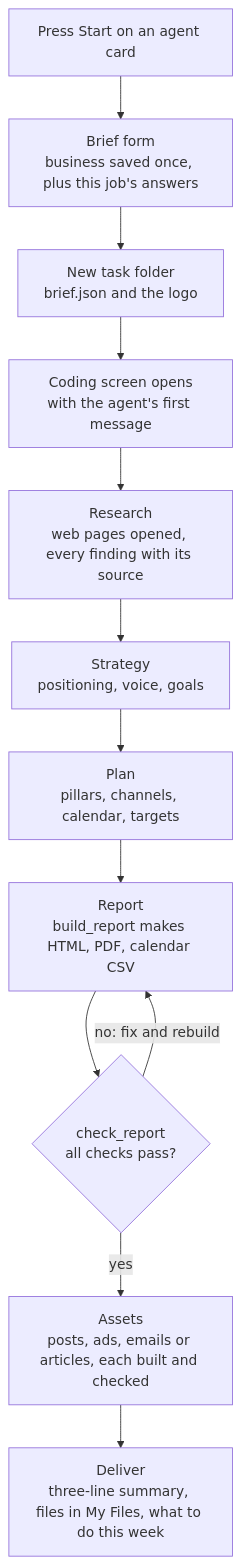
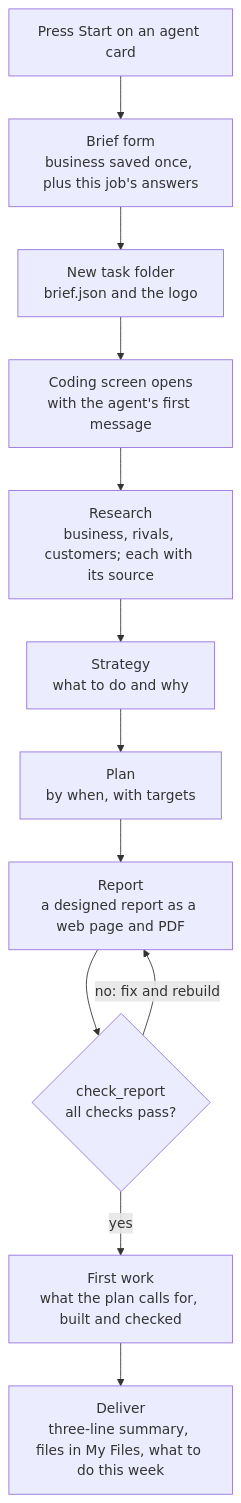
One commit to pusyc74-prog/MangoMan changed the second of 4 diagrams in docs/PRD.md. Above: the diagram before and after it, drawn with Mermaid. The commit also changed other lines of this file, not shown here.

First line of the commit message:
PRD: the Super Agent flow is shared by all three agents; a table of each agent's stages

````diff
--- a/docs/PRD.md
+++ b/docs/PRD.md
@@ -128,14 +128,14 @@
 ```mermaid
 flowchart TD
   start["Press Start on an agent card"] --> form["Brief form<br/>business saved once, plus this job's answers"]
   form --> folder["New task folder<br/>brief.json and the logo"]
   folder --> screen["Coding screen opens<br/>with the agent's first message"]
-  screen --> research["Research<br/>web pages opened, every finding with its source"]
-  research --> strategy["Strategy<br/>positioning, voice, goals"]
-  strategy --> plan["Plan<br/>pillars, channels, calendar, targets"]
-  plan --> report["Report<br/>build_report makes HTML, PDF, calendar CSV"]
+  screen --> research["Research<br/>business, rivals, customers; each with its source"]
+  research --> strategy["Strategy<br/>what to do and why"]
+  strategy --> plan["Plan<br/>by when, with targets"]
+  plan --> report["Report<br/>a designed report as a web page and PDF"]
   report --> check{"check_report<br/>all checks pass?"}
   check -- "no: fix and rebuild" --> report
-  check -- yes --> assets["Assets<br/>posts, ads, emails or articles, each built and checked"]
+  check -- yes --> assets["First work<br/>what the plan calls for, built and checked"]
   assets --> deliver["Deliver<br/>three-line summary, files in My Files, what to do this week"]
 ```
````
